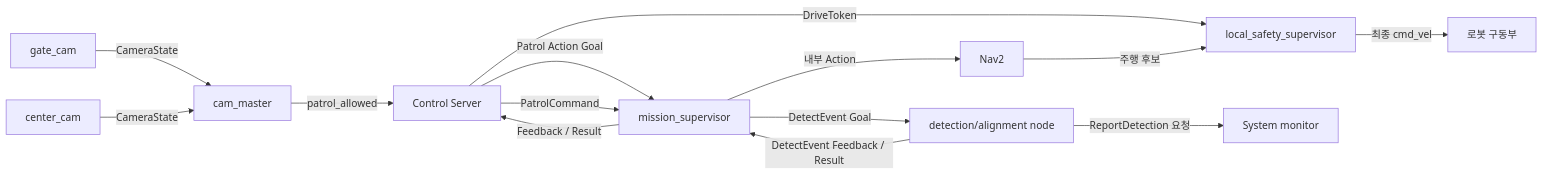
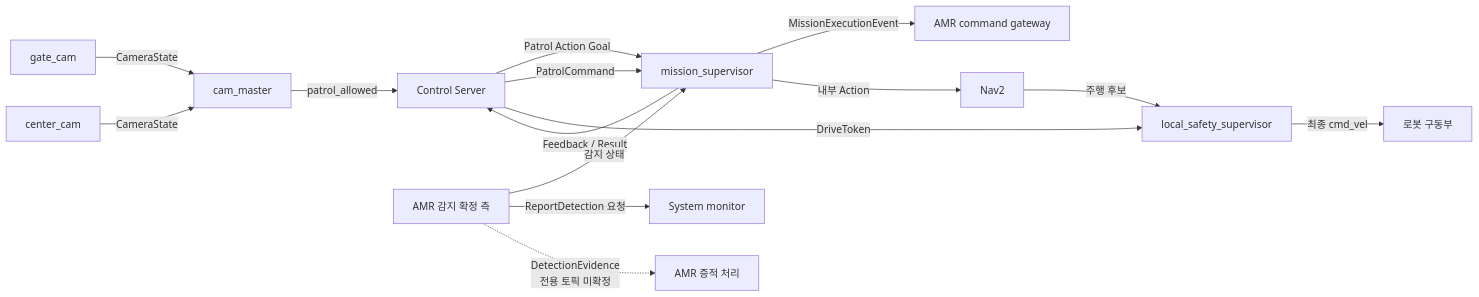
The diagram in docs/interfaces.md (suuuhululu/patrol), drawn with Mermaid before and after one commit. The commit also changed other lines of this file and 16 other files, not shown here.

````diff
--- a/docs/interfaces.md
+++ b/docs/interfaces.md
@@ -26,19 +26,20 @@
 ```mermaid
 flowchart LR
     Gate[gate_cam] -->|CameraState| Cam[cam_master]
     Center[center_cam] -->|CameraState| Cam
     Cam -->|patrol_allowed| Control[Control Server]
 
     Control -->|Patrol Action Goal| Mission[mission_supervisor]
     Mission -->|Feedback / Result| Control
     Control -->|PatrolCommand| Mission
     Control -->|DriveToken| Safety[local_safety_supervisor]
 
-    Mission -->|DetectEvent Goal| Detect[detection/alignment node]
-    Detect -->|DetectEvent Feedback / Result| Mission
+    Mission -->|MissionExecutionEvent| Gateway[AMR command gateway]
+    Detect[AMR 감지 확정 측] -->|감지 상태| Mission
     Detect -->|ReportDetection 요청| Monitor[System monitor]
+    Detect -.->|DetectionEvidence<br/>전용 토픽 미확정| Evidence[AMR 증적 처리]
 
     Mission -->|내부 Action| Nav2[Nav2]
     Nav2 -->|주행 후보| Safety
     Safety -->|최종 cmd_vel| Base[로봇 구동부]
 ```
````
